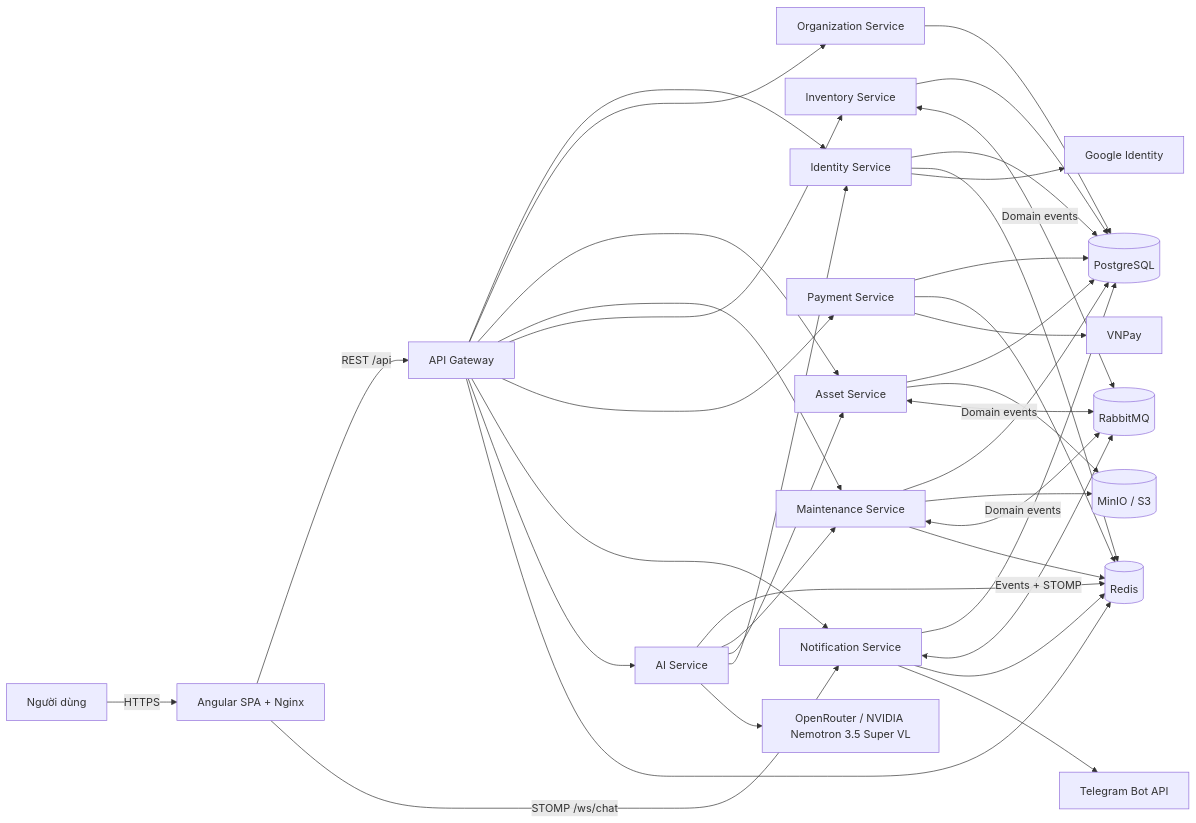
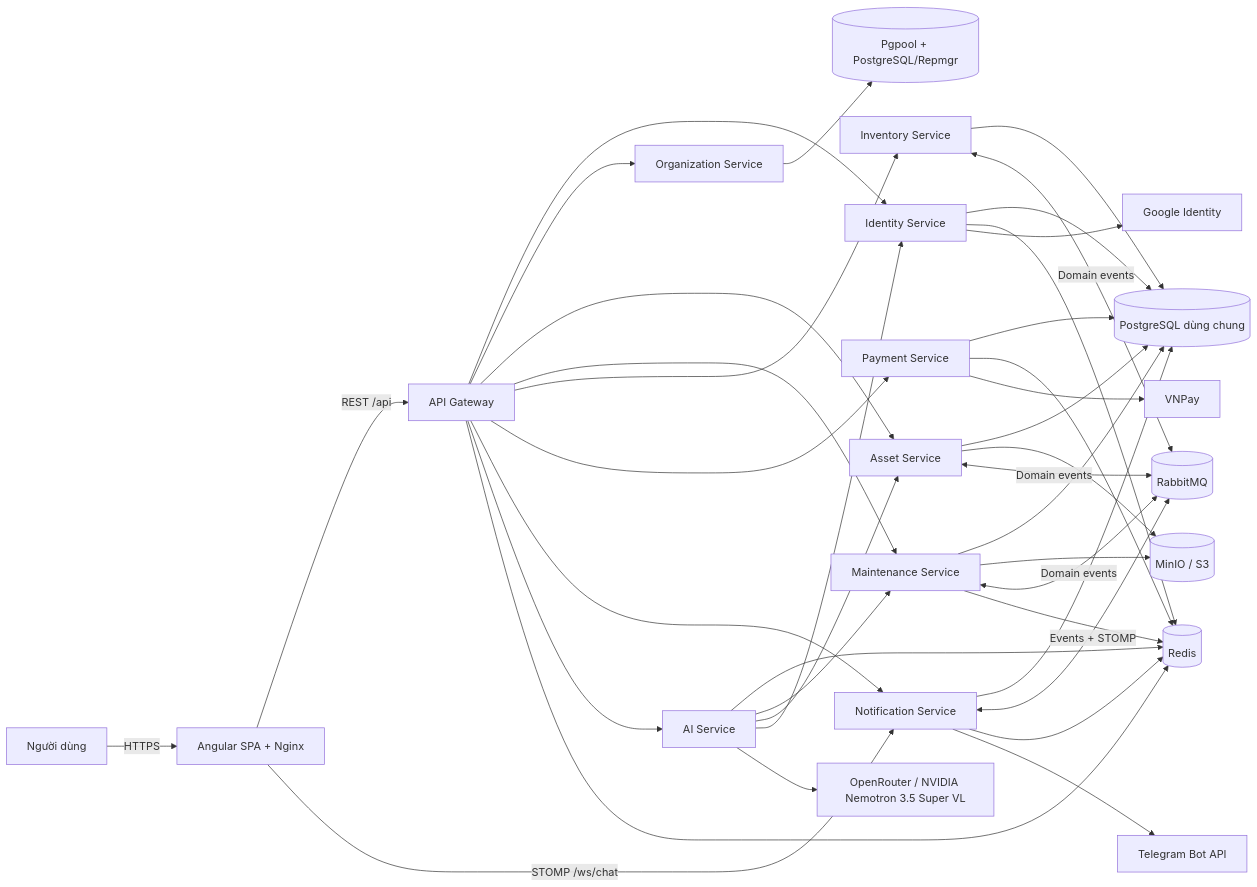
The first of 3 diagrams in SYSTEM_OVERVIEW.md (toannguyen1504/quanlybaotri), drawn with Mermaid before and after one commit. The commit also changed other lines of this file and 26 other files, not shown here.

````diff
--- a/SYSTEM_OVERVIEW.md
+++ b/SYSTEM_OVERVIEW.md
@@ -35,46 +35,46 @@
 ```mermaid
 flowchart LR
     U[Người dùng] -->|HTTPS| WEB[Angular SPA + Nginx]
     WEB -->|REST /api| GW[API Gateway]
     WEB -->|STOMP /ws/chat| NOTI[Notification Service]
 
     GW --> ID[Identity Service]
     GW --> ORG[Organization Service]
     GW --> ASSET[Asset Service]
     GW --> MAINT[Maintenance Service]
     GW --> INV[Inventory Service]
     GW --> PAY[Payment Service]
     GW --> NOTI
     GW --> AI[AI Service]
 
-    ID --> PG[(PostgreSQL)]
-    ORG --> PG
+    ID --> PG[(PostgreSQL dùng chung)]
+    ORG --> ORGPG[(Pgpool + PostgreSQL/Repmgr)]
     ASSET --> PG
     MAINT --> PG
     INV --> PG
     PAY --> PG
     NOTI --> PG
 
     ASSET --> S3[(MinIO / S3)]
     MAINT --> S3
     MAINT <-->|Domain events| MQ[(RabbitMQ)]
     INV <-->|Domain events| MQ
     ASSET <-->|Domain events| MQ
     NOTI <-->|Events + STOMP| MQ
 
     GW --> REDIS[(Redis)]
     ID --> REDIS
     MAINT --> REDIS
     PAY --> REDIS
     NOTI --> REDIS
     AI --> REDIS
 
     AI --> MAINT
     AI --> ASSET
     AI --> ID
     AI --> OPENROUTER[OpenRouter / NVIDIA Nemotron 3.5 Super VL]
 
     PAY --> VNPAY[VNPay]
     NOTI --> TELEGRAM[Telegram Bot API]
     ID --> GOOGLE[Google Identity]
 ```
````
